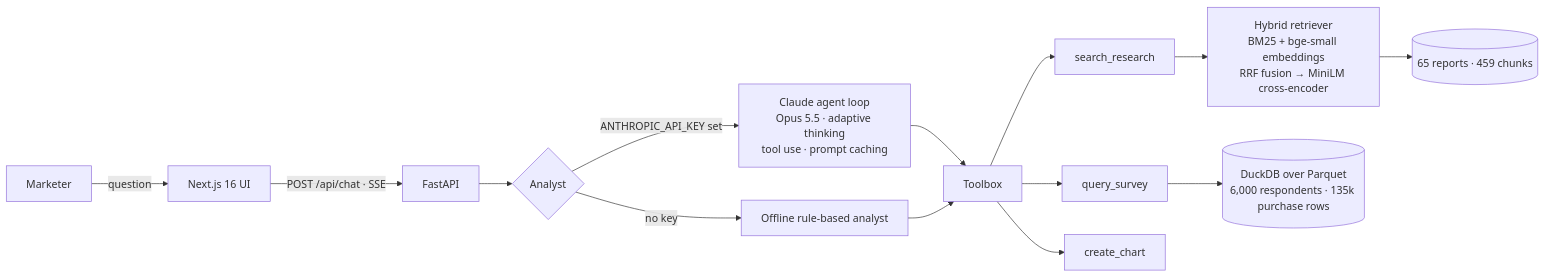
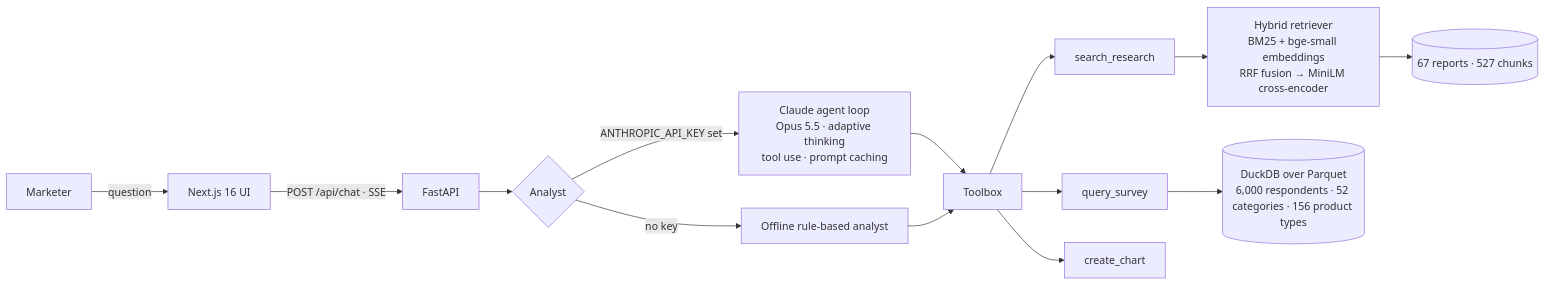
The diagram in README.md (EGberr/cohort-lens), drawn with Mermaid before and after one commit. The commit also changed other lines of this file and 326 other files, not shown here.

````diff
--- a/README.md
+++ b/README.md
@@ -53,15 +60,15 @@
 ```mermaid
 flowchart LR
     U[Marketer] -->|question| W[Next.js 16 UI]
     W -->|POST /api/chat · SSE| A[FastAPI]
     A --> L{Analyst}
     L -->|ANTHROPIC_API_KEY set| C[Claude agent loop<br/>Opus 5.5 · adaptive thinking<br/>tool use · prompt caching]
     L -->|no key| O[Offline rule-based analyst]
     C & O --> T[Toolbox]
     T --> R[search_research]
     T --> S[query_survey]
     T --> G[create_chart]
     R --> H[Hybrid retriever<br/>BM25 + bge-small embeddings<br/>RRF fusion → MiniLM cross-encoder]
-    H --> K[(65 reports · 459 chunks)]
-    S --> D[(DuckDB over Parquet<br/>6,000 respondents · 135k purchase rows)]
+    H --> K[(67 reports · 527 chunks)]
+    S --> D[(DuckDB over Parquet<br/>6,000 respondents · 52 categories · 156 product types)]
 ```
````
